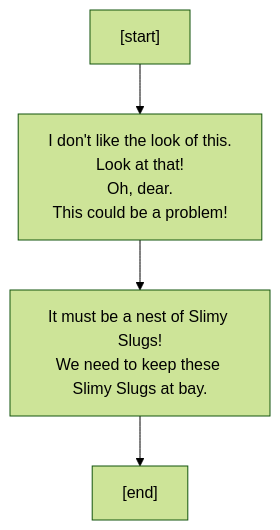
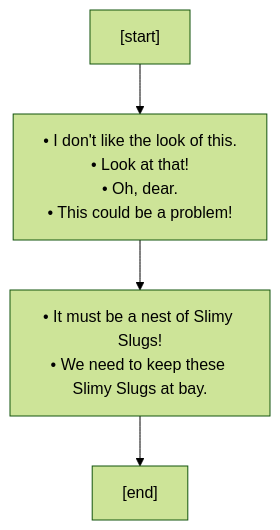
The tenth of 14 diagrams in src/core/lore/graphs/events.md (charredUtensil/groundhog), drawn with Mermaid (forest theme) before and after one commit. The commit also changed other lines of this file and 7 other files, not shown here.

````diff
--- a/src/core/lore/graphs/events.md
+++ b/src/core/lore/graphs/events.md
@@ -266,10 +266,10 @@
 ```mermaid
 flowchart TD;
 P0["[start]"]
 P0 --> P1
-P1["I don't like the look of this.<br/>Look at that!<br/>Oh, dear.<br/>This could be a problem!"]
+P1["&bull; I don't like the look of this.<br/>&bull; Look at that!<br/>&bull; Oh, dear.<br/>&bull; This could be a problem!"]
 P1 --> P2
-P2["It must be a nest of Slimy Slugs!<br/>We need to keep these Slimy Slugs at bay."]
+P2["&bull; It must be a nest of Slimy Slugs!<br/>&bull; We need to keep these Slimy Slugs at bay."]
 P2 --> P3
 P3["[end]"]
 ```
````
